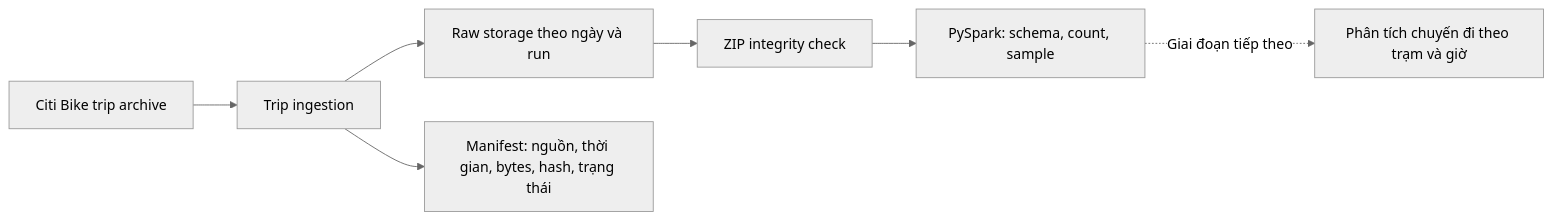
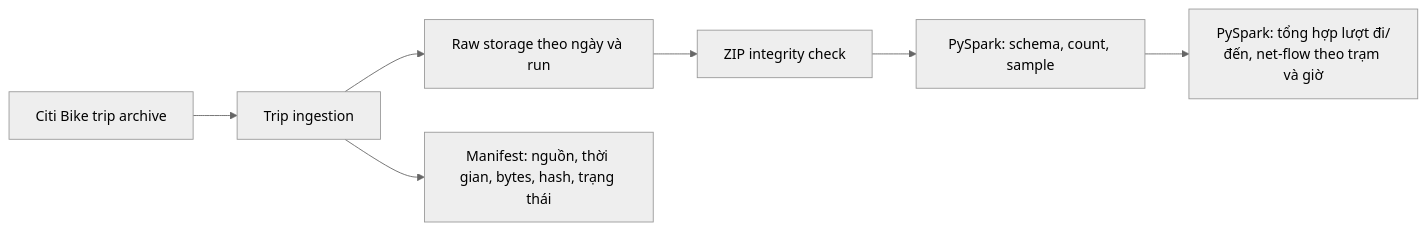
Before and after one commit to Cayder123/CitiBike-StationPulse: the diagram in README.md, drawn with Mermaid (neutral theme). The commit also changed other lines of this file and 7 other files, not shown here.

````diff
--- a/README.md
+++ b/README.md
@@ -32,9 +33,9 @@
 ```mermaid
 flowchart LR
     A[Citi Bike trip archive] --> B[Trip ingestion]
     B --> C[Raw storage theo ngày và run]
     B --> D[Manifest: nguồn, thời gian, bytes, hash, trạng thái]
     C --> E[ZIP integrity check]
     E --> F[PySpark: schema, count, sample]
-    F -. Giai đoạn tiếp theo .-> G[Phân tích chuyến đi theo trạm và giờ]
+    F --> G[PySpark: tổng hợp lượt đi/đến, net-flow theo trạm và giờ]
 ```
````
